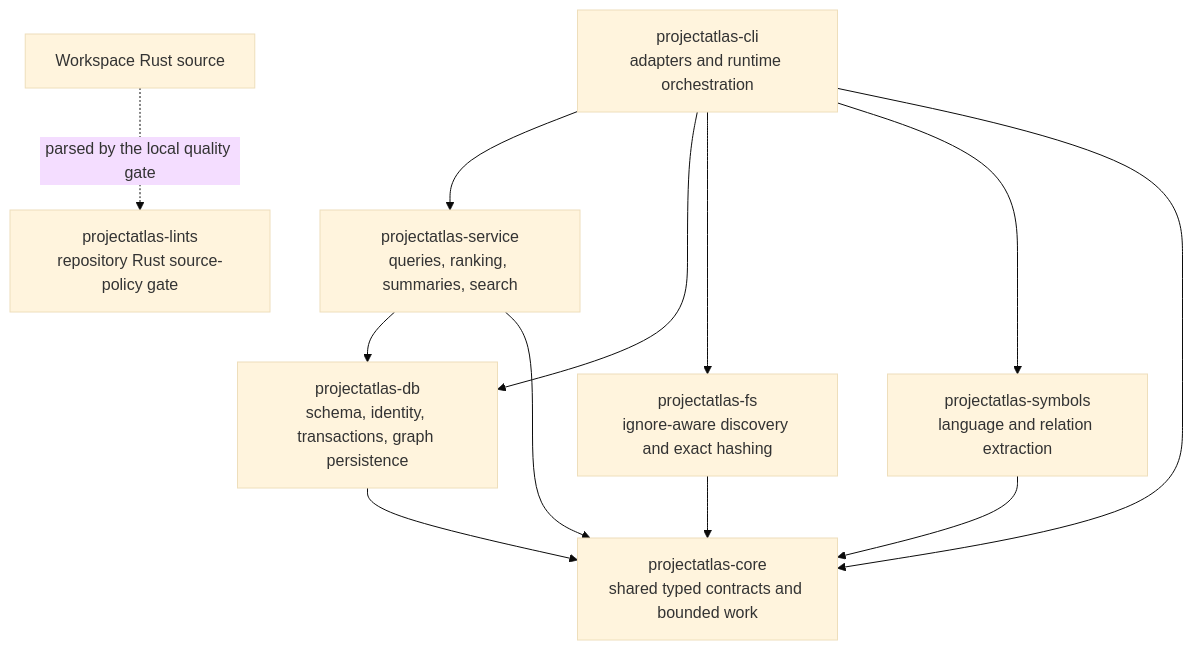
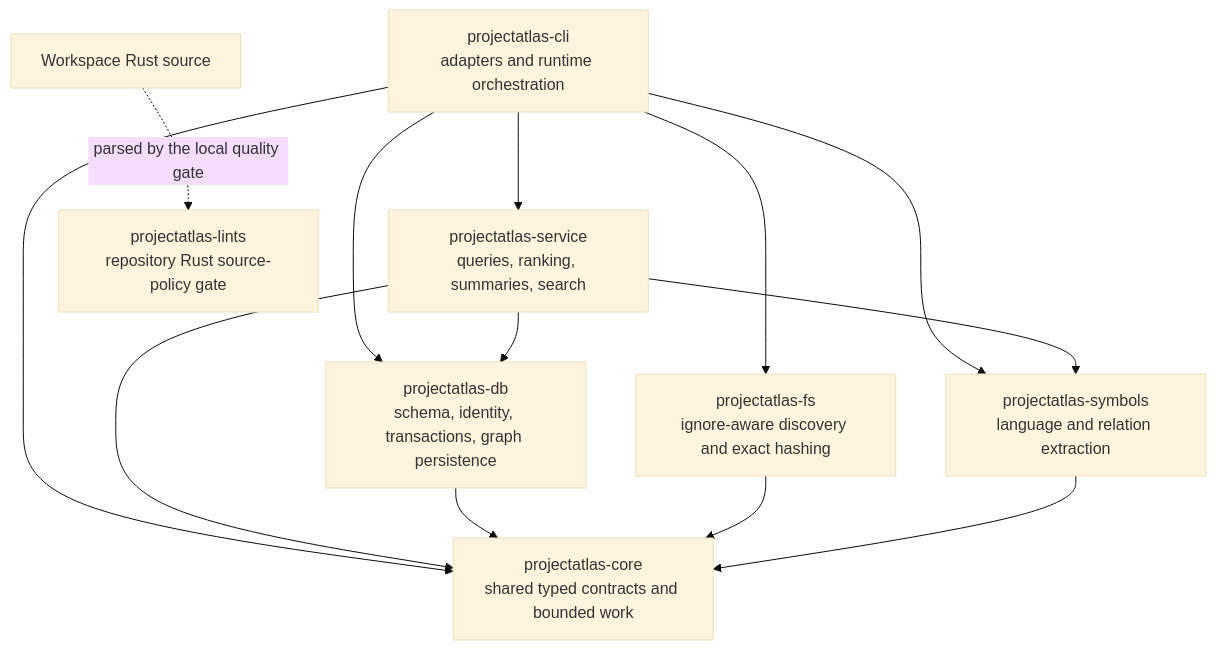
The second of 27 diagrams in docs/projectatlas-3-architecture.md (styler-ai/ProjectAtlas), drawn with Mermaid (base theme) before and after one commit. The commit also changed other lines of this file and 3 other files, not shown here.

Commit message:
docs(architecture): reconcile v0.4 contracts (#308)

````diff
--- a/docs/projectatlas-3-architecture.md
+++ b/docs/projectatlas-3-architecture.md
@@ -298,23 +297,24 @@
 ```mermaid
 flowchart TB
     CLI[projectatlas-cli<br/>adapters and runtime orchestration]
     Service[projectatlas-service<br/>queries, ranking, summaries, search]
     DB[projectatlas-db<br/>schema, identity, transactions, graph persistence]
     FS[projectatlas-fs<br/>ignore-aware discovery and exact hashing]
     Symbols[projectatlas-symbols<br/>language and relation extraction]
     Core[projectatlas-core<br/>shared typed contracts and bounded work]
     Lints[projectatlas-lints<br/>repository Rust source-policy gate]
     Workspace[Workspace Rust source]
 
     CLI --> Service
     CLI --> DB
     CLI --> FS
     CLI --> Symbols
     CLI --> Core
     Service --> DB
+    Service --> Symbols
     Service --> Core
     DB --> Core
     FS --> Core
     Symbols --> Core
     Workspace -. parsed by the local quality gate .-> Lints
 ```
````
